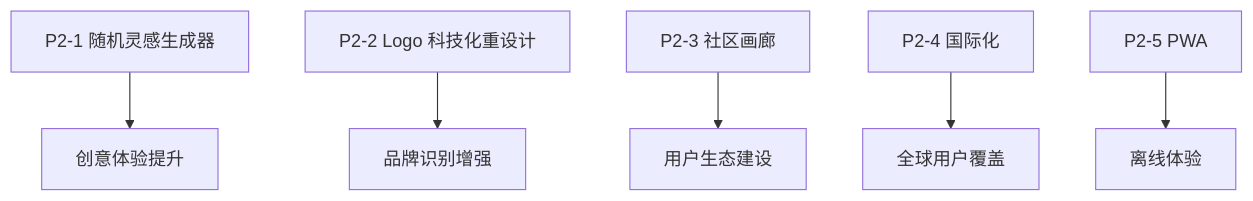
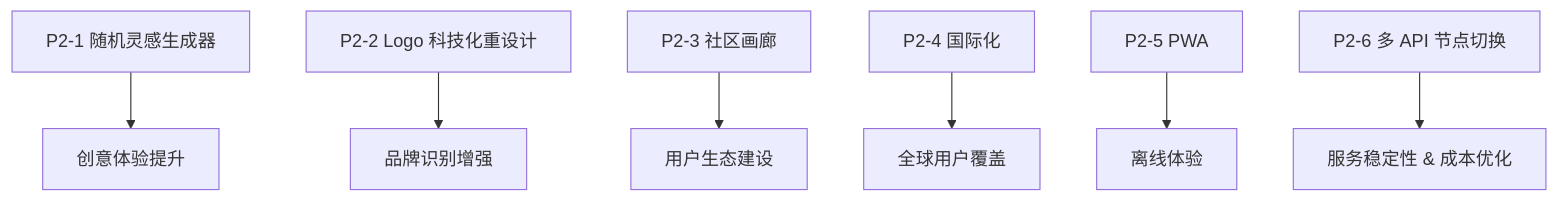
Before and after one commit to qqyule/soul-canvas-ai: the diagram in docs/P2-DEV-GUIDE.md, drawn with Mermaid. The commit also changed other lines of this file, not shown here.

````diff
--- a/docs/P2-DEV-GUIDE.md
+++ b/docs/P2-DEV-GUIDE.md
@@ -27,8 +28,9 @@
 ```mermaid
 graph TD
     A[P2-1 随机灵感生成器] --> B[创意体验提升]
     C[P2-2 Logo 科技化重设计] --> D[品牌识别增强]
     E[P2-3 社区画廊] --> F[用户生态建设]
     G[P2-4 国际化] --> H[全球用户覆盖]
     I[P2-5 PWA] --> J[离线体验]
+    K[P2-6 多 API 节点切换] --> L[服务稳定性 & 成本优化]
 ```
````
